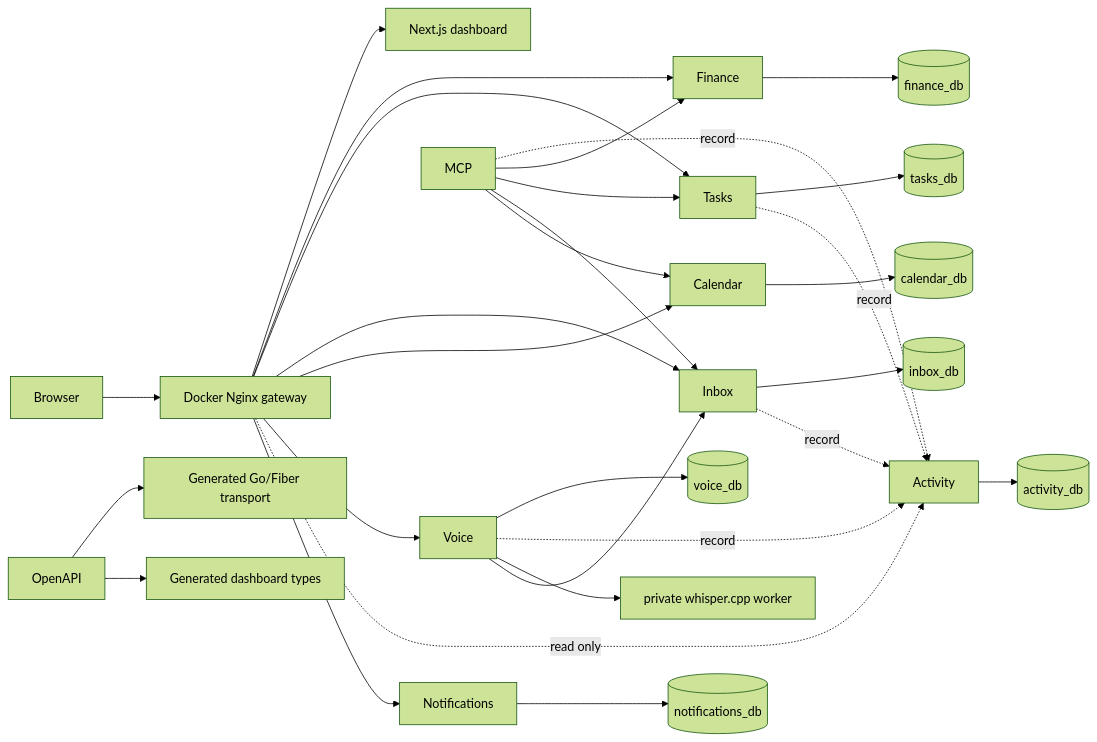
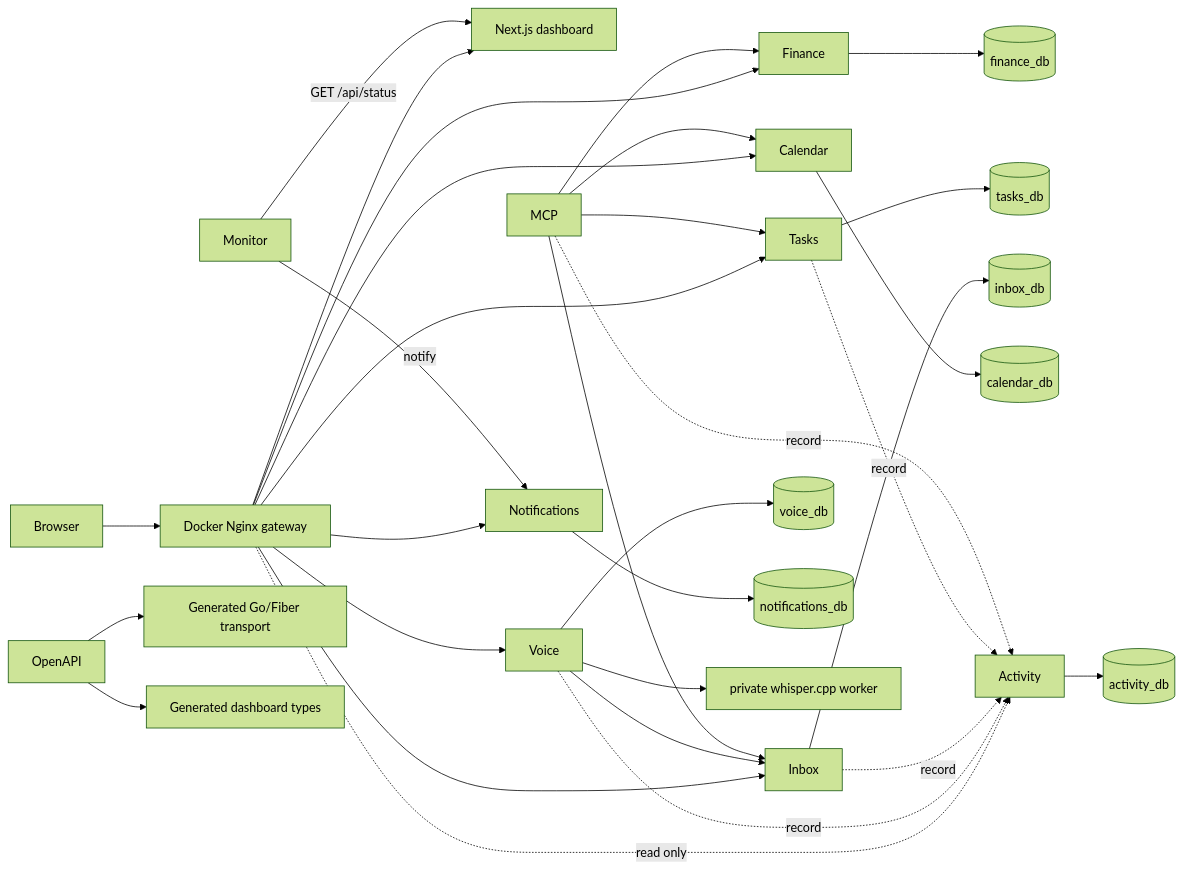
One commit to GAMch1k/life-os changed the diagram in docs/architecture/overview.md. Above: the diagram before and after it, drawn with Mermaid (forest theme). The commit also changed other lines of this file and 7 other files, not shown here.

````diff
--- a/docs/architecture/overview.md
+++ b/docs/architecture/overview.md
@@ -5,24 +5,26 @@
 ```mermaid
 flowchart LR
   Browser --> Gateway[Docker Nginx gateway]
   Gateway --> Dashboard[Next.js dashboard]
   Gateway --> Finance --> FDB[(finance_db)]
   Gateway --> Tasks --> TDB[(tasks_db)]
   Gateway --> Inbox --> IDB[(inbox_db)]
   Gateway --> Calendar --> CDB[(calendar_db)]
   Gateway --> Voice --> VDB[(voice_db)]
   Gateway -. read only .-> Activity --> ADB[(activity_db)]
   Gateway --> Notifications --> NDB[(notifications_db)]
+  Monitor -- "GET /api/status" --> Dashboard
+  Monitor -- notify --> Notifications
   Voice -. record .-> Activity
   Inbox -. record .-> Activity
   Tasks -. record .-> Activity
   MCP -. record .-> Activity
   Voice --> Whisper[private whisper.cpp worker]
   Voice --> Inbox
   MCP --> Finance
   MCP --> Tasks
   MCP --> Inbox
   MCP --> Calendar
   OpenAPI --> Go[Generated Go/Fiber transport]
   OpenAPI --> TS[Generated dashboard types]
 ```
````
